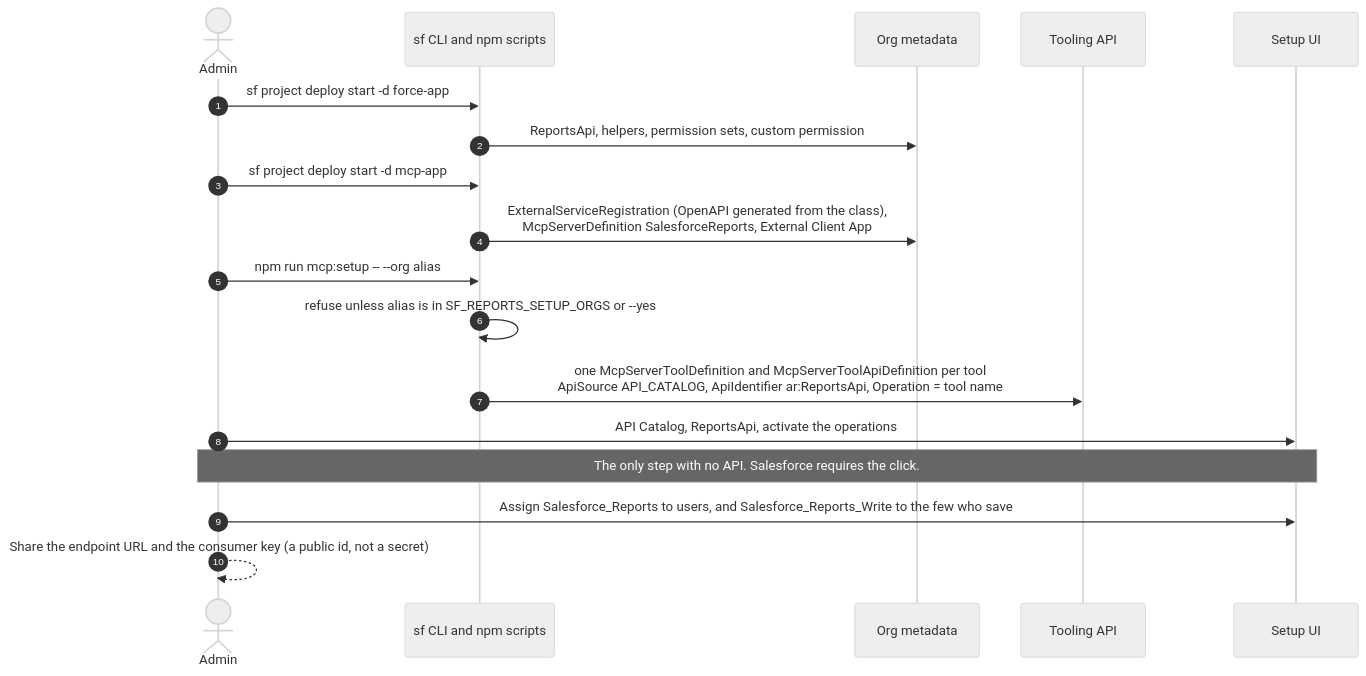
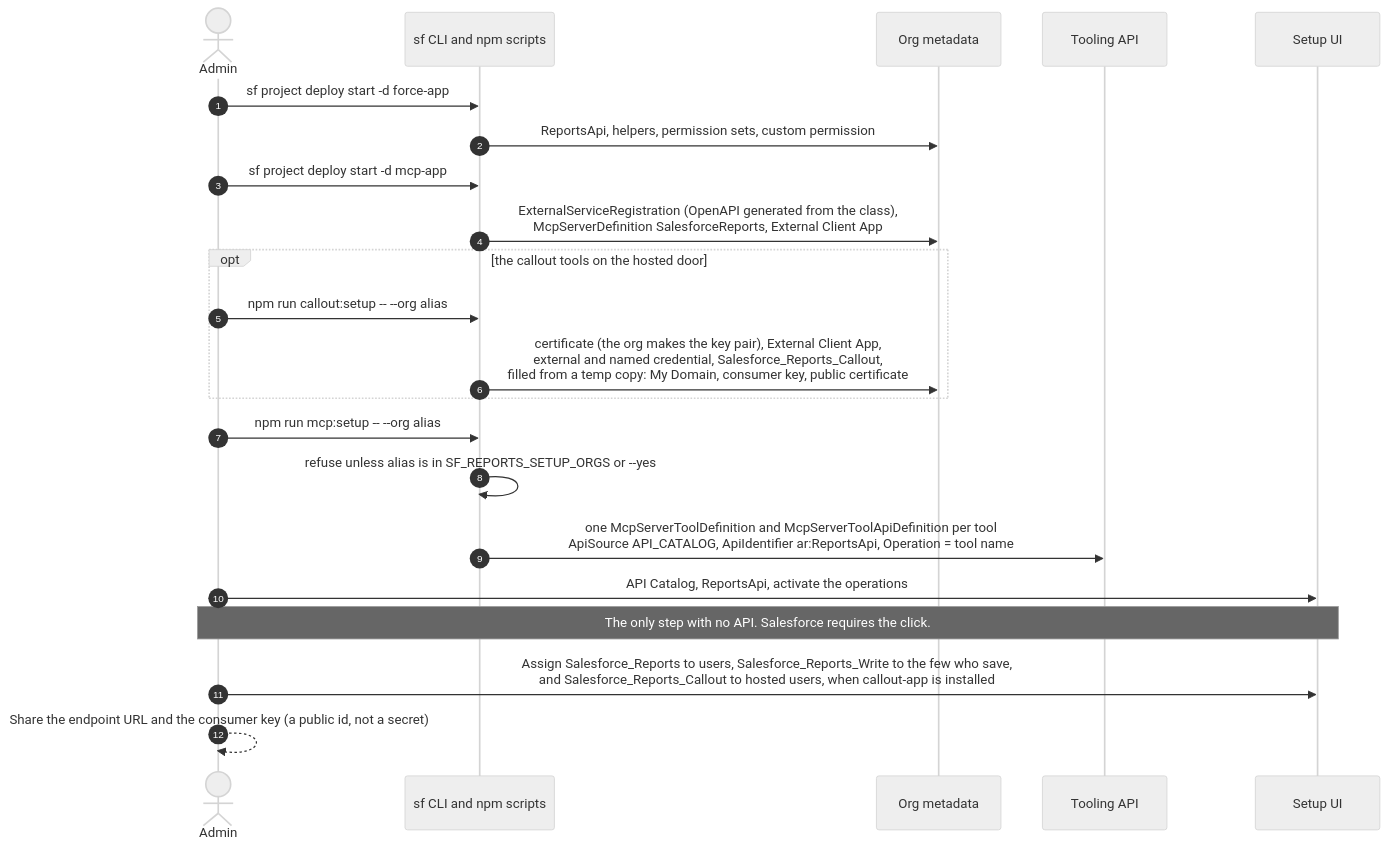
Before and after one commit to nelsben/salesforce-reports-mcp: the third of 5 diagrams in docs/architecture.md, drawn with Mermaid (neutral theme). The commit also changed other lines of this file and 37 other files, not shown here.

First line of the commit message:
salesforce: the hosted door calls out through an optional per-user JWT named credential

````diff
--- a/docs/architecture.md
+++ b/docs/architecture.md
@@ -134,21 +141,25 @@
 ```mermaid
 sequenceDiagram
   autonumber
   actor A as Admin
   participant CLI as sf CLI and npm scripts
   participant ORG as Org metadata
   participant TOOL as Tooling API
   participant SETUP as Setup UI
 
   A->>CLI: sf project deploy start -d force-app
   CLI->>ORG: ReportsApi, helpers, permission sets, custom permission
   A->>CLI: sf project deploy start -d mcp-app
   CLI->>ORG: ExternalServiceRegistration (OpenAPI generated from the class),<br/>McpServerDefinition SalesforceReports, External Client App
+  opt the callout tools on the hosted door
+    A->>CLI: npm run callout:setup -- --org alias
+    CLI->>ORG: certificate (the org makes the key pair), External Client App,<br/>external and named credential, Salesforce_Reports_Callout,<br/>filled from a temp copy: My Domain, consumer key, public certificate
+  end
   A->>CLI: npm run mcp:setup -- --org alias
   CLI->>CLI: refuse unless alias is in SF_REPORTS_SETUP_ORGS or --yes
   CLI->>TOOL: one McpServerToolDefinition and McpServerToolApiDefinition per tool<br/>ApiSource API_CATALOG, ApiIdentifier ar:ReportsApi, Operation = tool name
   A->>SETUP: API Catalog, ReportsApi, activate the operations
   Note over A,SETUP: The only step with no API. Salesforce requires the click.
-  A->>SETUP: Assign Salesforce_Reports to users, and Salesforce_Reports_Write to the few who save
+  A->>SETUP: Assign Salesforce_Reports to users, Salesforce_Reports_Write to the few who save,<br/>and Salesforce_Reports_Callout to hosted users, when callout-app is installed
   A-->>A: Share the endpoint URL and the consumer key (a public id, not a secret)
 ```
````
